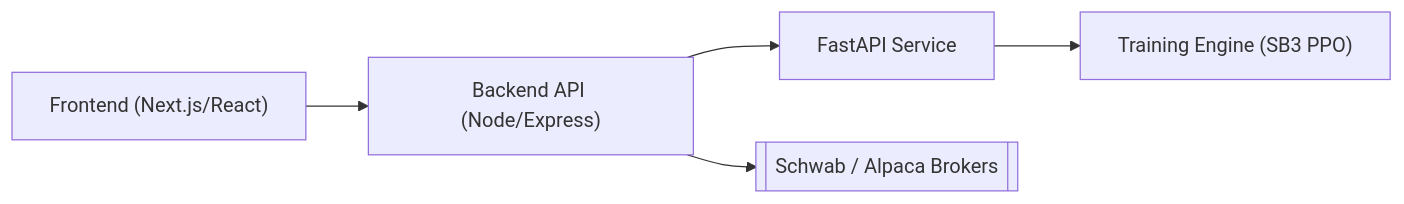
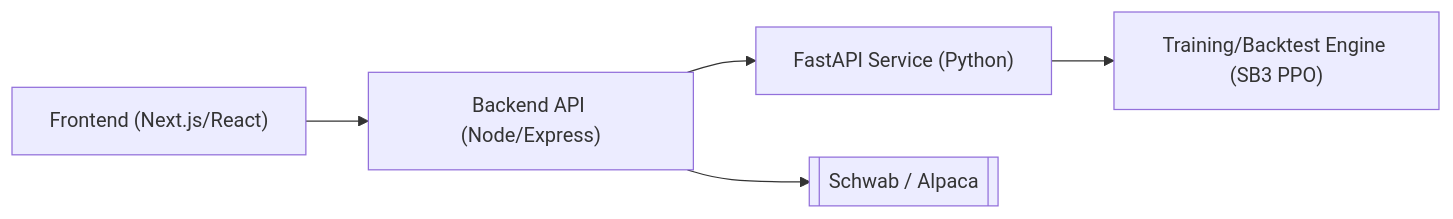
Before and after one commit to BilliamsFluster/StockBotWebApp: the diagram in docs/StockbotTradingPipeline.md, drawn with Mermaid. The commit also changed other lines of this file, not shown here.

````diff
--- a/docs/StockbotTradingPipeline.md
+++ b/docs/StockbotTradingPipeline.md
@@ -11,9 +11,7 @@
 ```mermaid
 flowchart LR
   FE["Frontend (Next.js/React)"] --> BE["Backend API (Node/Express)"]
-  BE --> FA["FastAPI Service"]
-  FA --> TE["Training Engine (SB3 PPO)"]
-  BE --> Brokers[["Schwab / Alpaca Brokers"]]
-
-
+  BE --> FA["FastAPI Service (Python)"]
+  FA --> TE["Training/Backtest Engine (SB3 PPO)"]
+  BE --> Brokers[["Schwab / Alpaca"]]
 ```
````
